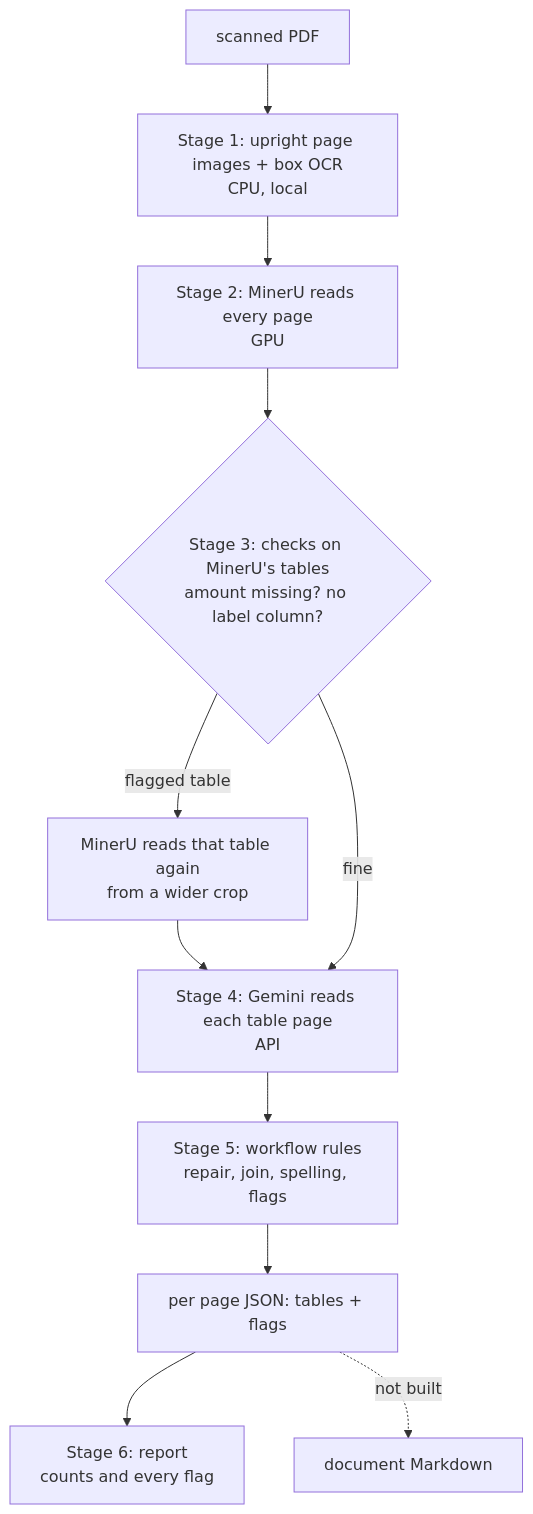
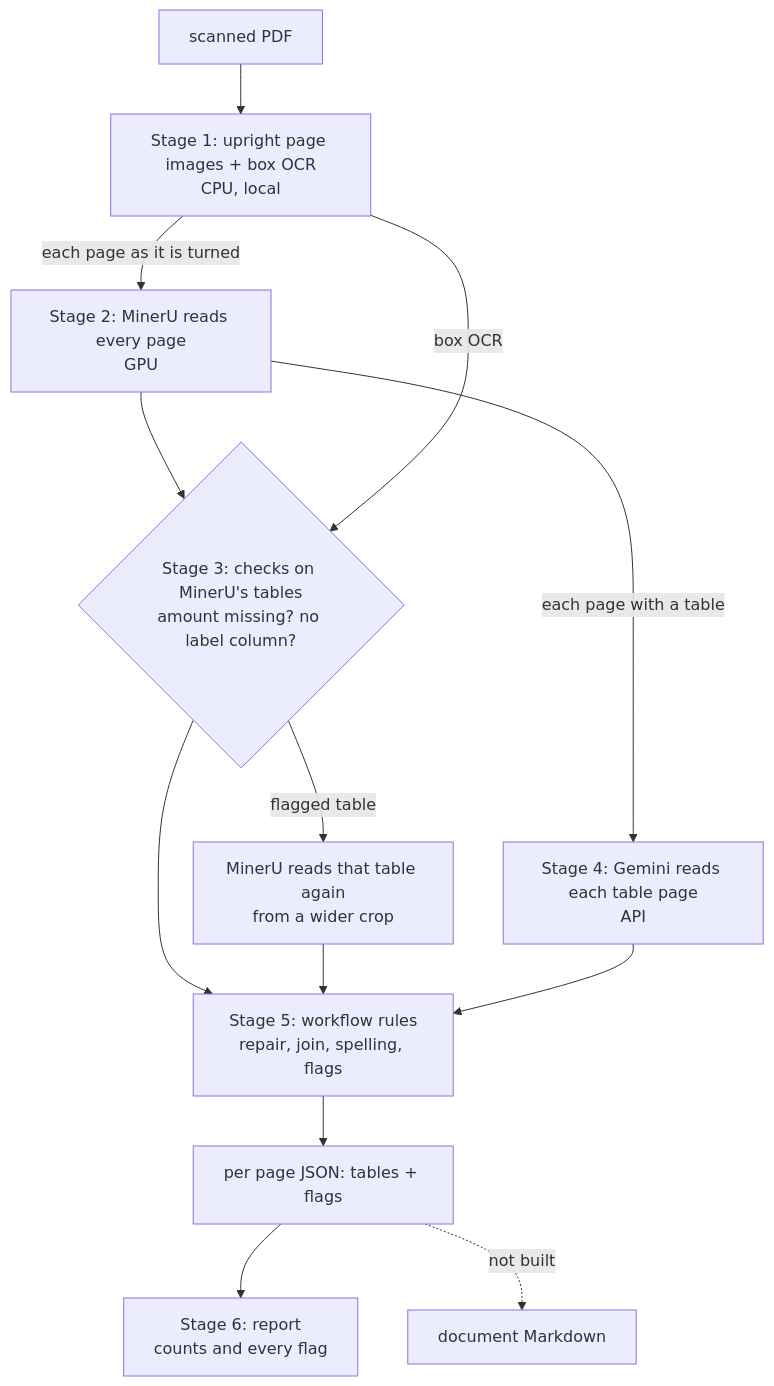
Before and after one commit to Min-KiD/Vidoc-parse: the diagram in architecture_design.md, drawn with Mermaid. The commit also changed other lines of this file and 9 other files, not shown here.

````diff
--- a/architecture_design.md
+++ b/architecture_design.md
@@ -23,13 +23,15 @@
 ```mermaid
 flowchart TD
   PDF[scanned PDF] --> S1[Stage 1: upright page images + box OCR<br/>CPU, local]
-  S1 --> S2[Stage 2: MinerU reads every page<br/>GPU]
+  S1 -->|each page as it is turned| S2[Stage 2: MinerU reads every page<br/>GPU]
   S2 --> S3{Stage 3: checks on MinerU's tables<br/>amount missing? no label column?}
+  S1 -->|box OCR| S3
   S3 -->|flagged table| S3b[MinerU reads that table again<br/>from a wider crop]
-  S3b --> S4
-  S3 -->|fine| S4[Stage 4: Gemini reads each table page<br/>API]
-  S4 --> S5[Stage 5: workflow rules<br/>repair, join, spelling, flags]
+  S2 -->|each page with a table| S4[Stage 4: Gemini reads each table page<br/>API]
+  S3 --> S5[Stage 5: workflow rules<br/>repair, join, spelling, flags]
+  S3b --> S5
+  S4 --> S5
   S5 --> OUT[per page JSON: tables + flags]
   OUT --> S6[Stage 6: report<br/>counts and every flag]
   OUT -.not built.-> MD[document Markdown]
 ```
````
